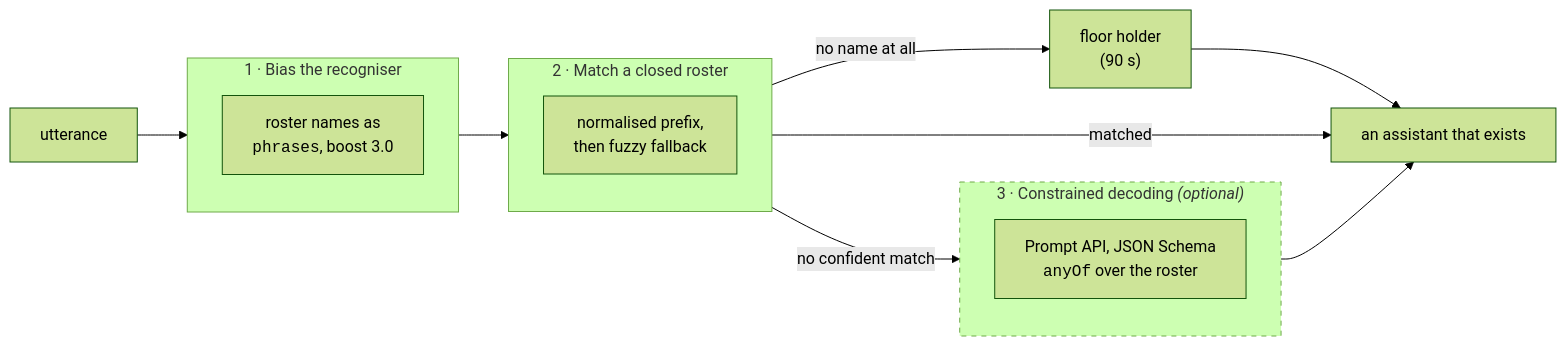
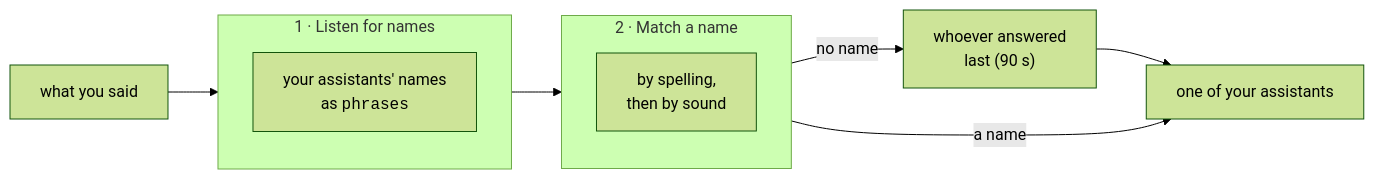
Before and after one commit to openposse-org/openposse-extension: the fourth of 5 diagrams in README.md, drawn with Mermaid (forest theme). The commit also changed other lines of this file, not shown here.

Commit message:
wip: the README is rewritten for the extension alone – no Mac app history, the side panel as the main window, routing without the Prompt API, Supertonic and Kokoro side by side, and a warmer tone

````diff
--- a/README.md
+++ b/README.md
@@ -219,31 +317,21 @@
 ```mermaid
 flowchart LR
-    U["utterance"] --> L1
+    U["what you said"] --> L1
 
-    subgraph L1["1 · Bias the recogniser"]
+    subgraph L1["1 · Listen for names"]
         direction TB
-        A1["roster names as<br/><code>phrases</code>, boost 3.0"]
+        A1["your assistants' names<br/>as <code>phrases</code>"]
     end
 
     L1 --> L2
 
-    subgraph L2["2 · Match a closed roster"]
+    subgraph L2["2 · Match a name"]
         direction TB
-        A2["normalised prefix,<br/>then fuzzy fallback"]
+        A2["by spelling,<br/>then by sound"]
     end
 
-    L2 -->|"no confident match"| L3
-    L2 -->|"matched"| OUT
-
-    subgraph L3["3 · Constrained decoding <i>(optional)</i>"]
-        direction TB
-        A3["Prompt API, JSON Schema<br/><code>anyOf</code> over the roster"]
-    end
-
-    L3 --> OUT
-    L2 -->|"no name at all"| FLOOR["floor holder<br/>(90 s)"]
+    L2 -->|"a name"| OUT
+    L2 -->|"no name"| FLOOR["whoever answered<br/>last (90 s)"]
     FLOOR --> OUT
-    OUT["an assistant that exists"]
-
-    style L3 stroke-dasharray: 5 5
+    OUT["one of your assistants"]
 ```
````
